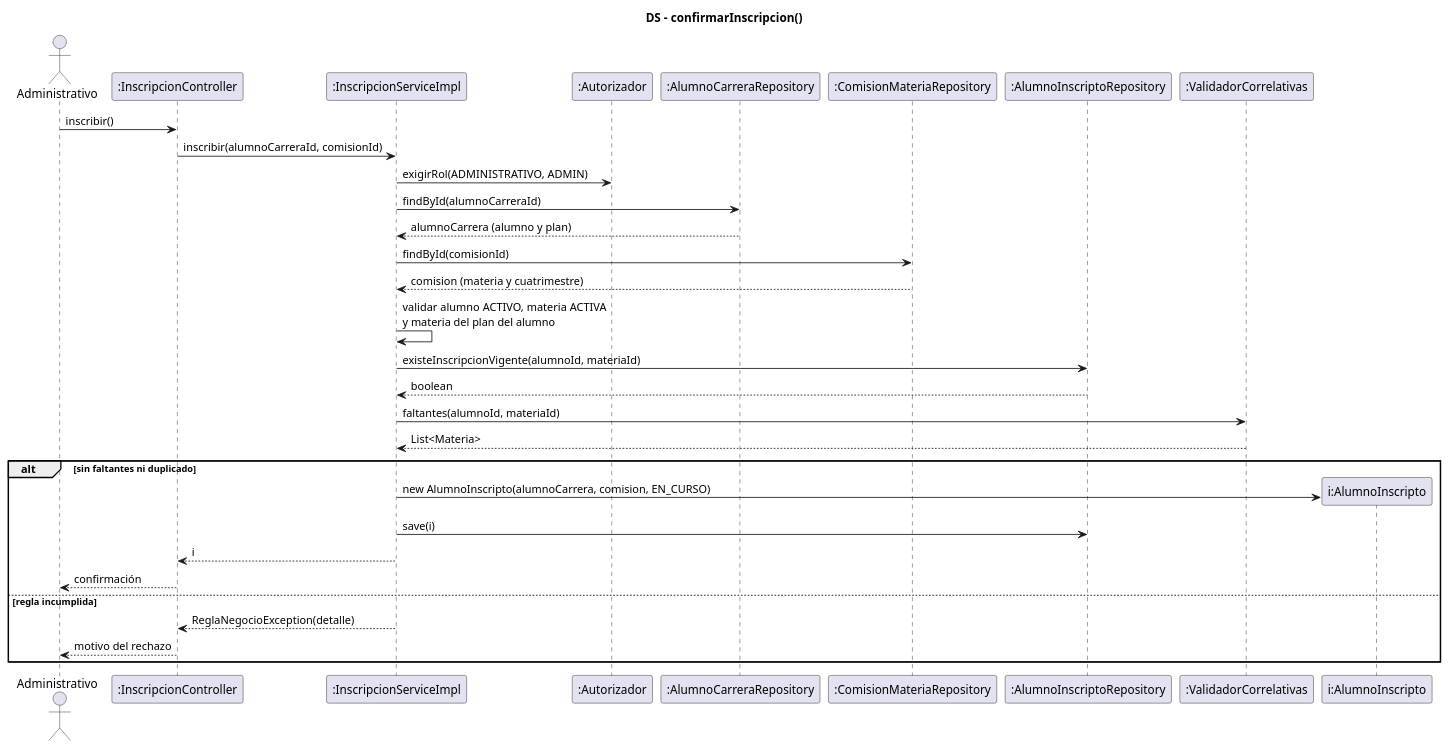
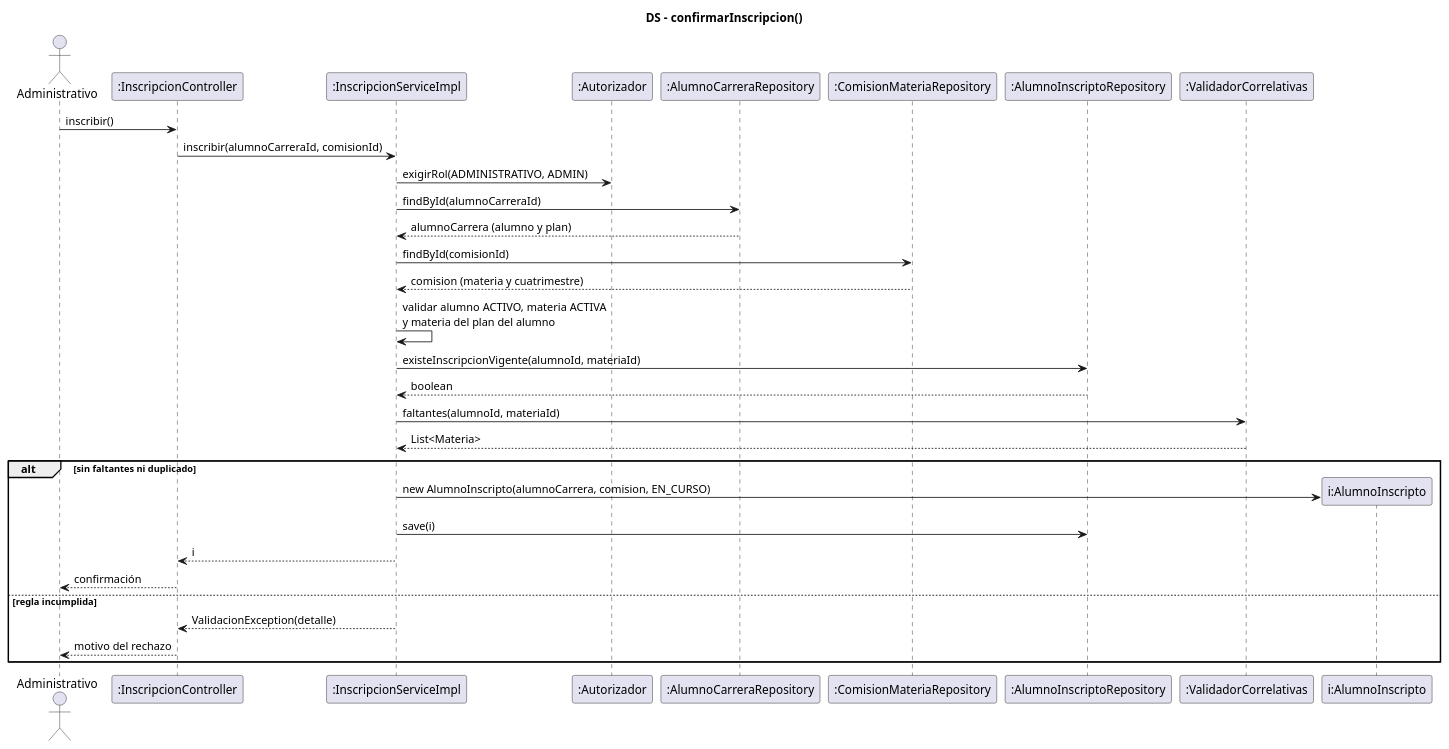
One commit to ISMAELALTHENOFER/BACKOFFICE-ACADEMICO-ITEC-N-1 changed the diagram in document/diagramas/15-ds-inscribir-alumno.puml. Above: the diagram before and after it, drawn with PlantUML. The commit also changed 121 other files, not shown here.

First line of the commit message:
docs: completar casos de uso, diagramas de secuencia, contratos e historias de usuario

```diff
--- a/document/diagramas/15-ds-inscribir-alumno.puml
+++ b/document/diagramas/15-ds-inscribir-alumno.puml
@@ -1,35 +1,35 @@
 @startuml ds-inscribir-alumno
 skinparam shadowing false
 title DS - confirmarInscripcion()
 actor Administrativo
 participant ":InscripcionController" as C
 participant ":InscripcionServiceImpl" as S
 participant ":Autorizador" as AU
 participant ":AlumnoCarreraRepository" as ACR
 participant ":ComisionMateriaRepository" as CR
 participant ":AlumnoInscriptoRepository" as IR
 participant ":ValidadorCorrelativas" as V
 
 Administrativo -> C : inscribir()
 C -> S : inscribir(alumnoCarreraId, comisionId)
 S -> AU : exigirRol(ADMINISTRATIVO, ADMIN)
 S -> ACR : findById(alumnoCarreraId)
 ACR --> S : alumnoCarrera (alumno y plan)
 S -> CR : findById(comisionId)
 CR --> S : comision (materia y cuatrimestre)
 S -> S : validar alumno ACTIVO, materia ACTIVA\ny materia del plan del alumno
 S -> IR : existeInscripcionVigente(alumnoId, materiaId)
 IR --> S : boolean
 S -> V : faltantes(alumnoId, materiaId)
 V --> S : List<Materia>
 alt sin faltantes ni duplicado
   create participant "i:AlumnoInscripto" as I
   S -> I : new AlumnoInscripto(alumnoCarrera, comision, EN_CURSO)
   S -> IR : save(i)
   S --> C : i
   C --> Administrativo : confirmación
 else regla incumplida
-  S --> C : ReglaNegocioException(detalle)
+  S --> C : ValidacionException(detalle)
   C --> Administrativo : motivo del rechazo
 end
 @enduml
```
